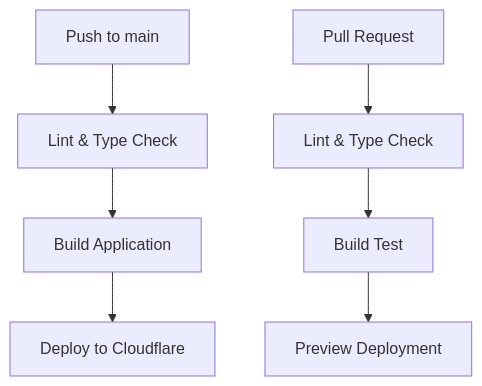
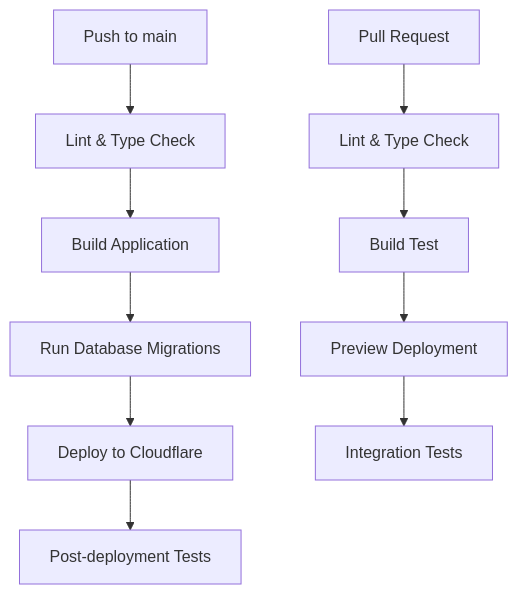
One commit to Chious/note-taking-web-app changed the diagram in docs/ENVIRONMENT_SETUP.md. Above: the diagram before and after it, drawn with Mermaid. The commit also changed other lines of this file and 23 other files, not shown here.

First line of the commit message:
Add Cloudflare D1 database and CI/CD setup

````diff
--- a/docs/ENVIRONMENT_SETUP.md
+++ b/docs/ENVIRONMENT_SETUP.md
@@ -197,10 +233,13 @@
 ```mermaid
 graph TD
     A[Push to main] --> B[Lint & Type Check]
     B --> C[Build Application]
-    C --> D[Deploy to Cloudflare]
+    C --> D[Run Database Migrations]
+    D --> E[Deploy to Cloudflare]
+    E --> F[Post-deployment Tests]
 
-    E[Pull Request] --> F[Lint & Type Check]
-    F --> G[Build Test]
-    G --> H[Preview Deployment]
+    G[Pull Request] --> H[Lint & Type Check]
+    H --> I[Build Test]
+    I --> J[Preview Deployment]
+    J --> K[Integration Tests]
 ```
````
